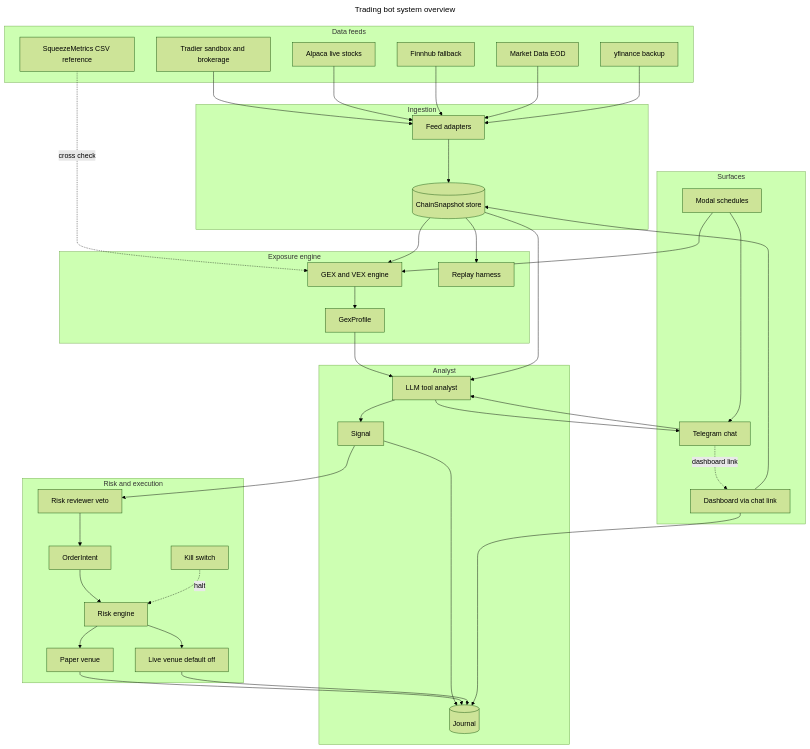
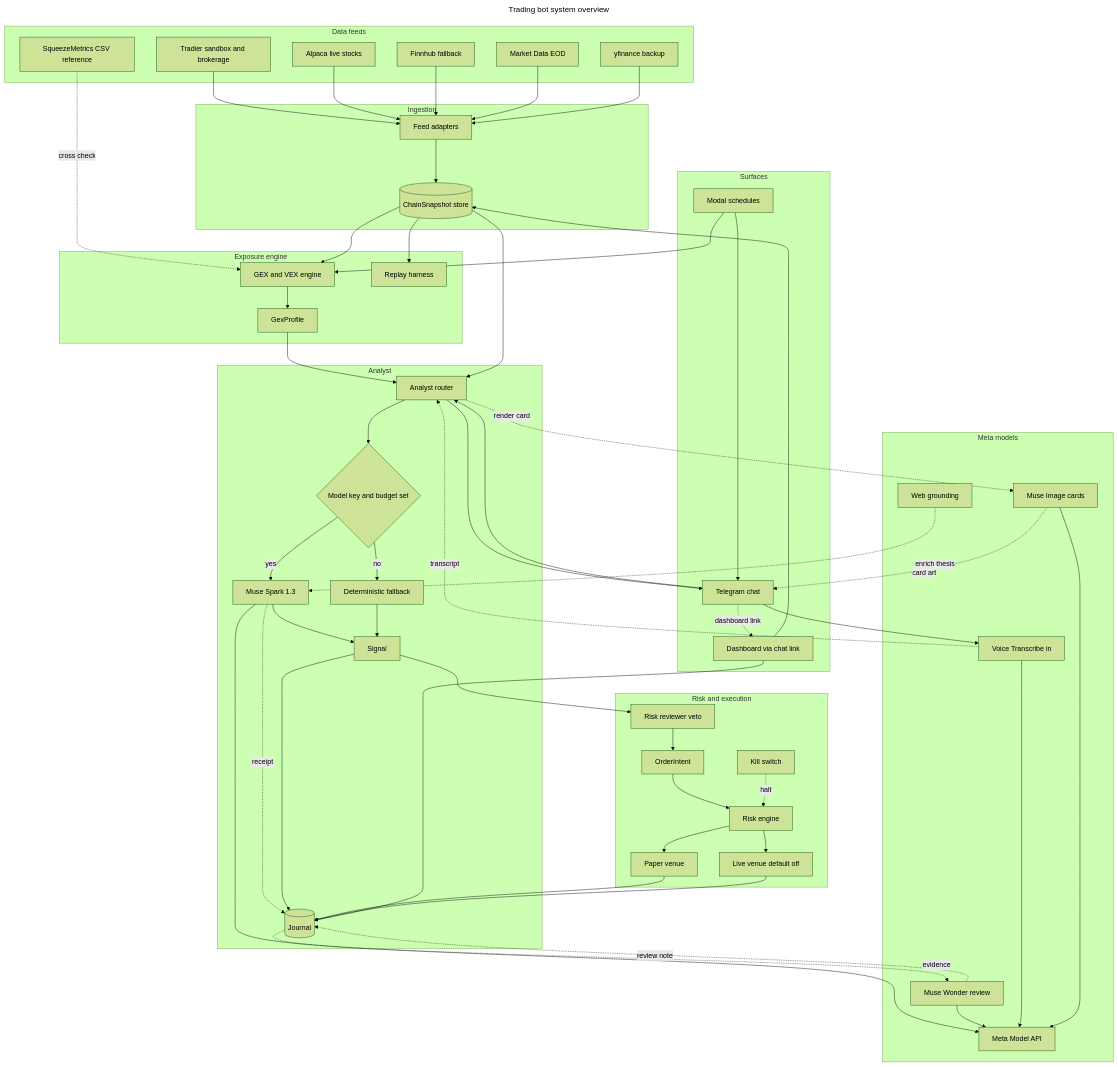
Before and after one commit to oherna25/trading_bot_project: the diagram in diagrams/01-system-overview.mmd, drawn with Mermaid (forest theme). The commit also changed 21 other files, not shown here.

```diff
--- a/diagrams/01-system-overview.mmd
+++ b/diagrams/01-system-overview.mmd
@@ -1,74 +1,101 @@
 ---
 title: Trading bot system overview
 ---
 flowchart TB
     subgraph FEEDS["Data feeds"]
         TRADIER["Tradier sandbox and brokerage"]
         ALPACA["Alpaca live stocks"]
         FINNHUB["Finnhub fallback"]
         EOD["Market Data EOD"]
         YF["yfinance backup"]
         SQZ["SqueezeMetrics CSV reference"]
     end
 
     subgraph INGEST["Ingestion"]
         ADAPT["Feed adapters"]
         STORE[("ChainSnapshot store")]
     end
 
     subgraph ENGINE["Exposure engine"]
         GEX["GEX and VEX engine"]
         PROF["GexProfile"]
         REPLAY["Replay harness"]
     end
 
     subgraph BRAIN["Analyst"]
-        LLM["LLM tool analyst"]
+        LLM["Analyst router"]
+        BUDG{"Model key and budget set"}
+        SPARK["Muse Spark 1.3"]
+        FALL["Deterministic fallback"]
         SIG["Signal"]
         JOUR[("Journal")]
+    end
+
+    subgraph MODELS["Meta models"]
+        API["Meta Model API"]
+        GROUND["Web grounding"]
+        VOICE["Voice Transcribe in"]
+        IMG["Muse Image cards"]
+        WONDER["Muse Wonder review"]
     end
 
     subgraph RISK["Risk and execution"]
         REV["Risk reviewer veto"]
         INTENT["OrderIntent"]
         RENG["Risk engine"]
         PAPER["Paper venue"]
         LIVE["Live venue default off"]
         KILL["Kill switch"]
     end
 
     subgraph SURF["Surfaces"]
         CHAT["Telegram chat"]
         DASH["Dashboard via chat link"]
         CRON["Modal schedules"]
     end
 
     TRADIER --> ADAPT
     ALPACA --> ADAPT
     FINNHUB --> ADAPT
     EOD --> ADAPT
     YF --> ADAPT
     SQZ -. cross check .-> GEX
     ADAPT --> STORE
     STORE --> GEX
     GEX --> PROF
     STORE --> REPLAY
     PROF --> LLM
     STORE --> LLM
-    LLM --> SIG
+    LLM --> BUDG
+    BUDG -->|yes| SPARK
+    BUDG -->|no| FALL
+    SPARK --> API
+    GROUND -. enrich thesis .-> SPARK
+    SPARK --> SIG
+    FALL --> SIG
+    SPARK -. receipt .-> JOUR
     SIG --> JOUR
     SIG --> REV
     REV --> INTENT
     INTENT --> RENG
     RENG --> PAPER
     RENG --> LIVE
     PAPER --> JOUR
     LIVE --> JOUR
     KILL -. halt .-> RENG
+    JOUR -. evidence .-> WONDER
+    WONDER --> API
+    WONDER -. review note .-> JOUR
+    CHAT --> VOICE
+    VOICE --> API
+    VOICE -. transcript .-> LLM
+    LLM -. render card .-> IMG
+    IMG --> API
+    IMG -. card art .-> CHAT
     CRON --> GEX
     CRON --> CHAT
     CHAT --> LLM
     LLM --> CHAT
     CHAT -. dashboard link .-> DASH
     DASH --> STORE
     DASH --> JOUR
```
